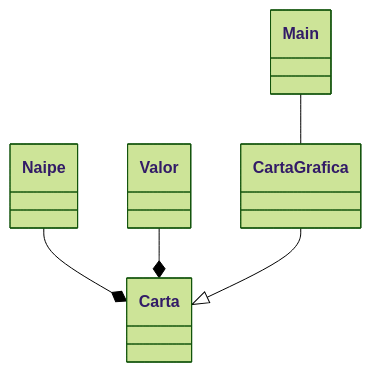
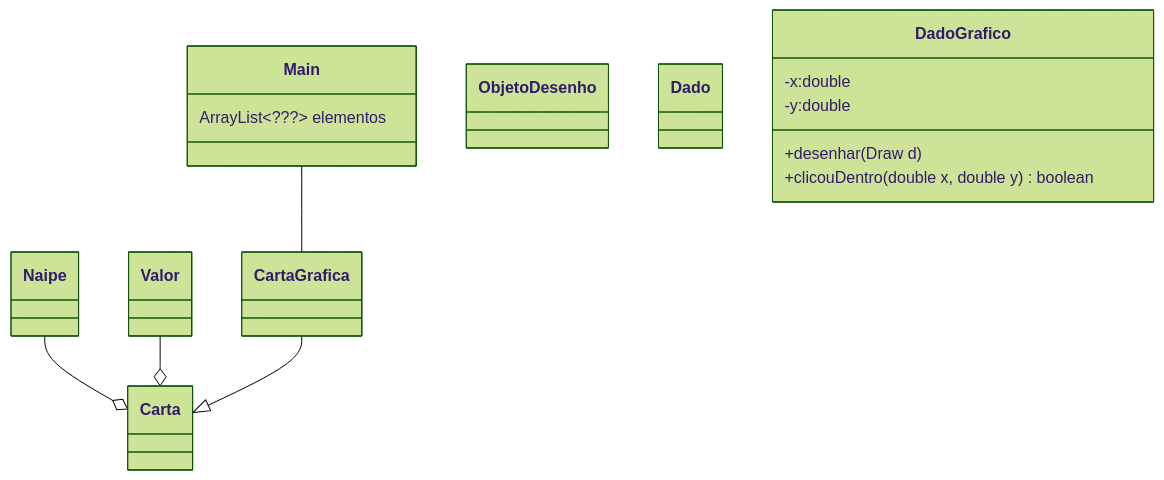
Before and after one commit to kaleu-b/poo: the diagram in lab07/untitled/readme.md, drawn with Mermaid (forest theme). The commit also changed 6 other files, not shown here.

````diff
--- a/lab07/untitled/readme.md
+++ b/lab07/untitled/readme.md
@@ -1,29 +1,44 @@
 ```mermaid
     classDiagram
         direction TB
         
         class Naipe{
             
         }
         
         class Valor{
             
         }
         
         class Carta{
             
         }
         
         class CartaGrafica{
             
         }   
         
         class Main{
+            ArrayList~???~ elementos
+        }
+        
+        class ObjetoDesenho{
             
         }
         
-         Naipe --* Carta
-         Valor --* Carta
+        class Dado{
+            
+        }
+        
+        class DadoGrafico{
+            -x:double
+            -y:double
+            +desenhar(Draw d)
+            +clicouDentro(double x, double y)boolean
+        }
+        
+         Naipe --o Carta
+         Valor --o Carta
          CartaGrafica --|> Carta
          Main -- CartaGrafica
 ```
````
